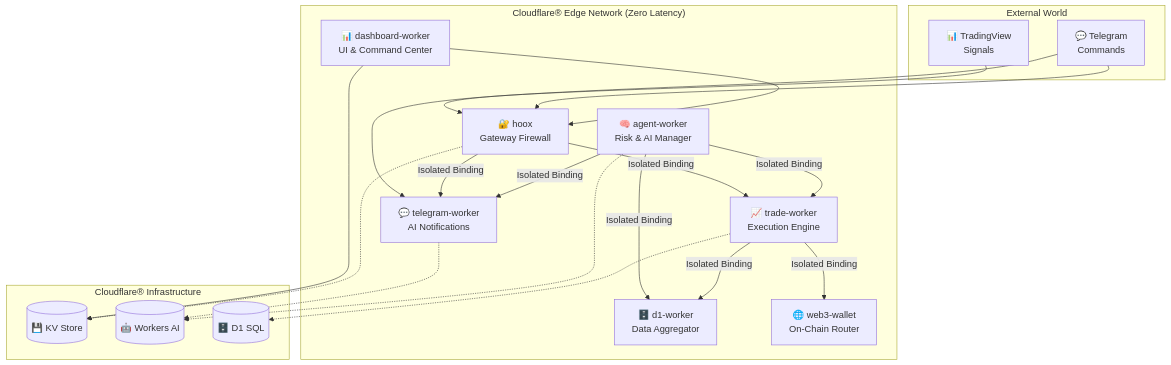
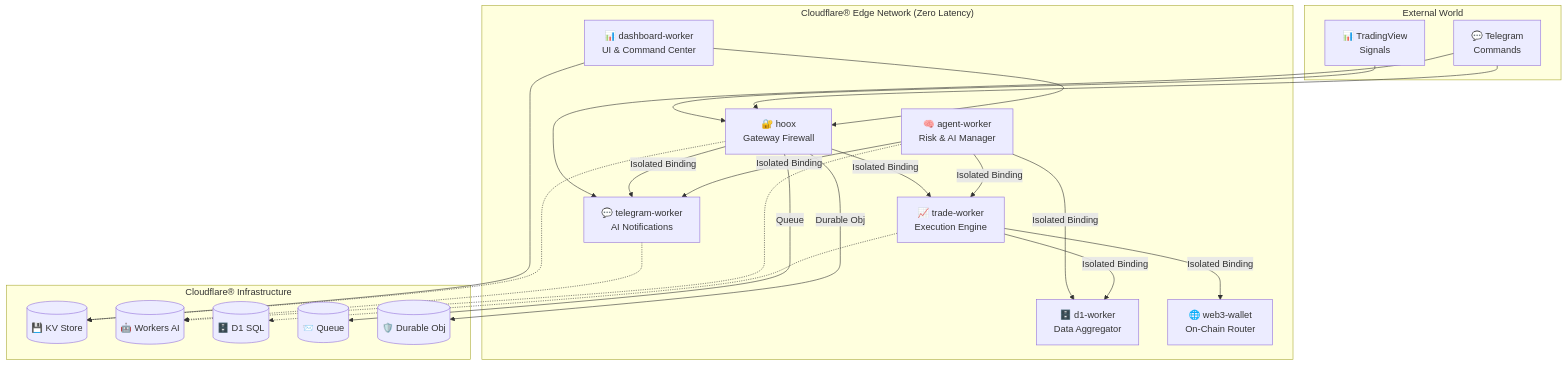
One commit to jango-blockchained/hoox-setup changed the diagram in README.md. Above: the diagram before and after it, drawn with Mermaid. The commit also changed other lines of this file, not shown here.

First line of the commit message:
docs: update README with queues, durable objects, rate limiting features

````diff
--- a/README.md
+++ b/README.md
@@ -80,43 +83,47 @@
 ```mermaid
 graph TB
     subgraph "External World"
         TV["📊 TradingView<br/>Signals"]
         TG["💬 Telegram<br/>Commands"]
     end
 
     subgraph "Cloudflare® Edge Network (Zero Latency)"
         hoox["🔐 hoox<br/>Gateway Firewall"]
         trade["📈 trade-worker<br/>Execution Engine"]
         telegram["💬 telegram-worker<br/>AI Notifications"]
         agent["🧠 agent-worker<br/>Risk & AI Manager"]
         dash["📊 dashboard-worker<br/>UI & Command Center"]
         d1["🗄️ d1-worker<br/>Data Aggregator"]
         web3["🌐 web3-wallet<br/>On-Chain Router"]
     end
 
     subgraph "Cloudflare® Infrastructure"
         KV[(💾 KV Store)]
         AI[(🤖 Workers AI)]
         DB[(🗄️ D1 SQL)]
+        Q[(📨 Queue)]
+        DO[(🛡️ Durable Obj)]
     end
 
     TV --> hoox
     TG --> hoox
     TG --> telegram
     dash --> KV
     dash --> hoox
 
     hoox -->|Isolated Binding| trade
+    hoox -->|Queue | Q
+    hoox -->|Durable Obj| DO
     hoox -->|Isolated Binding| telegram
     agent -->|Isolated Binding| trade
     agent -->|Isolated Binding| telegram
     agent -->|Isolated Binding| d1
 
     trade -->|Isolated Binding| d1
     trade -->|Isolated Binding| web3
 
     hoox -.-> KV
     trade -.-> DB
     telegram -.-> AI
     agent -.-> AI
 ```
````
